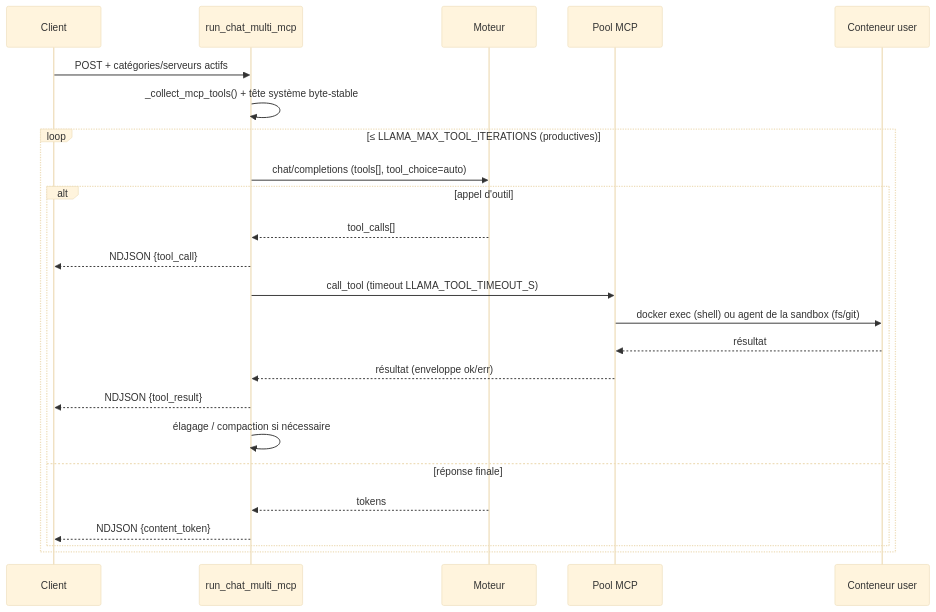
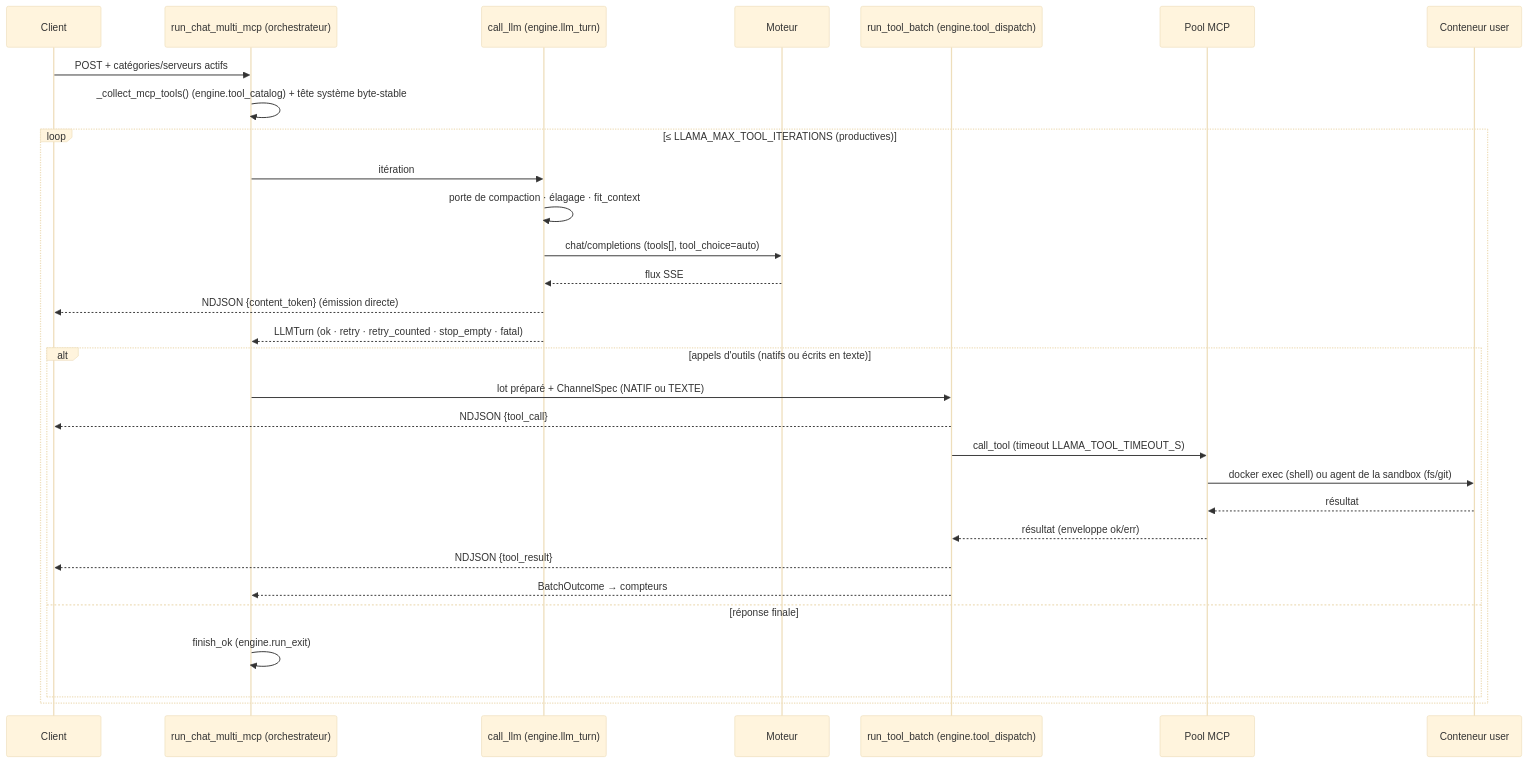
Diagram 12 of 17 in docs/architecture.md (toto-fou/Elpis), drawn with Mermaid (base theme) before and after one commit. The commit also changed other lines of this file and 221 other files, not shown here.

````diff
--- a/docs/architecture.md
+++ b/docs/architecture.md
@@ -899,26 +1107,32 @@
 ```mermaid
 sequenceDiagram
     participant C as Client
-    participant A as run_chat_multi_mcp
+    participant A as run_chat_multi_mcp (orchestrateur)
+    participant T as call_llm (engine.llm_turn)
     participant L as Moteur
+    participant D as run_tool_batch (engine.tool_dispatch)
     participant M as Pool MCP
     participant S as Conteneur user
     C->>A: POST + catégories/serveurs actifs
-    A->>A: _collect_mcp_tools() + tête système byte-stable
+    A->>A: _collect_mcp_tools() (engine.tool_catalog) + tête système byte-stable
     loop ≤ LLAMA_MAX_TOOL_ITERATIONS (productives)
-        A->>L: chat/completions (tools[], tool_choice=auto)
-        alt appel d'outil
-            L-->>A: tool_calls[]
-            A-->>C: NDJSON {tool_call}
-            A->>M: call_tool (timeout LLAMA_TOOL_TIMEOUT_S)
+        A->>T: itération
+        T->>T: porte de compaction · élagage · fit_context
+        T->>L: chat/completions (tools[], tool_choice=auto)
+        L-->>T: flux SSE
+        T-->>C: NDJSON {content_token} (émission directe)
+        T-->>A: LLMTurn (ok · retry · retry_counted · stop_empty · fatal)
+        alt appels d'outils (natifs ou écrits en texte)
+            A->>D: lot préparé + ChannelSpec (NATIF ou TEXTE)
+            D-->>C: NDJSON {tool_call}
+            D->>M: call_tool (timeout LLAMA_TOOL_TIMEOUT_S)
             M->>S: docker exec (shell) ou agent de la sandbox (fs/git)
             S-->>M: résultat
-            M-->>A: résultat (enveloppe ok/err)
-            A-->>C: NDJSON {tool_result}
-            A->>A: élagage / compaction si nécessaire
+            M-->>D: résultat (enveloppe ok/err)
+            D-->>C: NDJSON {tool_result}
+            D-->>A: BatchOutcome → compteurs
         else réponse finale
-            L-->>A: tokens
-            A-->>C: NDJSON {content_token}
+            A->>A: finish_ok (engine.run_exit)
         end
     end
 ```
````
